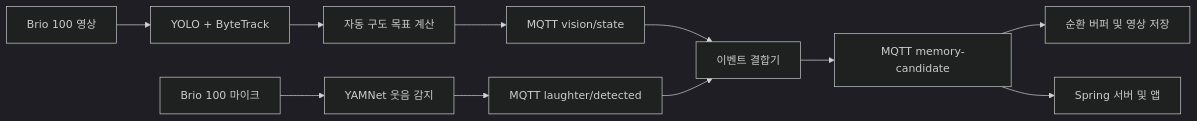
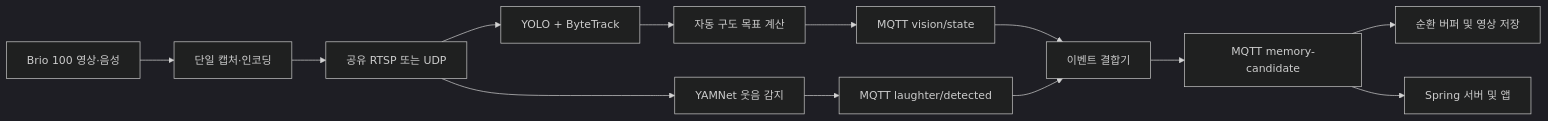
Before and after one commit to limbs-han/Bbanggeut: the diagram in ai/README.md, drawn with Mermaid (dark theme). The commit also changed other lines of this file and 44 other files, not shown here.

````diff
--- a/ai/README.md
+++ b/ai/README.md
@@ -9,15 +13,17 @@
 ```mermaid
 flowchart LR
-    Camera[Brio 100 영상] --> YOLO[YOLO + ByteTrack]
+    Camera[Brio 100 영상·음성] --> Capture[단일 캡처·인코딩]
+    Capture --> Shared[공유 RTSP 또는 UDP]
+    Shared --> YOLO[YOLO + ByteTrack]
     YOLO --> Framing[자동 구도 목표 계산]
     Framing --> VisionTopic[MQTT vision/state]
 
-    Mic[Brio 100 마이크] --> YAMNet[YAMNet 웃음 감지]
+    Shared --> YAMNet[YAMNet 웃음 감지]
     YAMNet --> LaughterTopic[MQTT laughter/detected]
 
     VisionTopic --> Fusion[이벤트 결합기]
     LaughterTopic --> Fusion
     Fusion --> Candidate[MQTT memory-candidate]
     Candidate --> IoT[순환 버퍼 및 영상 저장]
     Candidate --> Backend[Spring 서버 및 앱]
 ```
````
